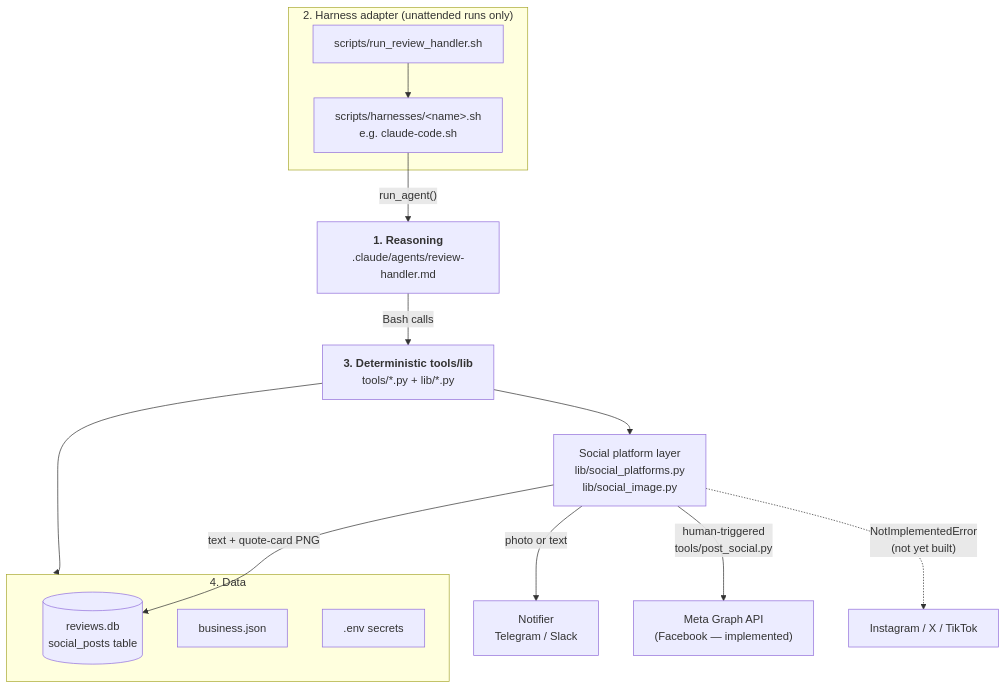
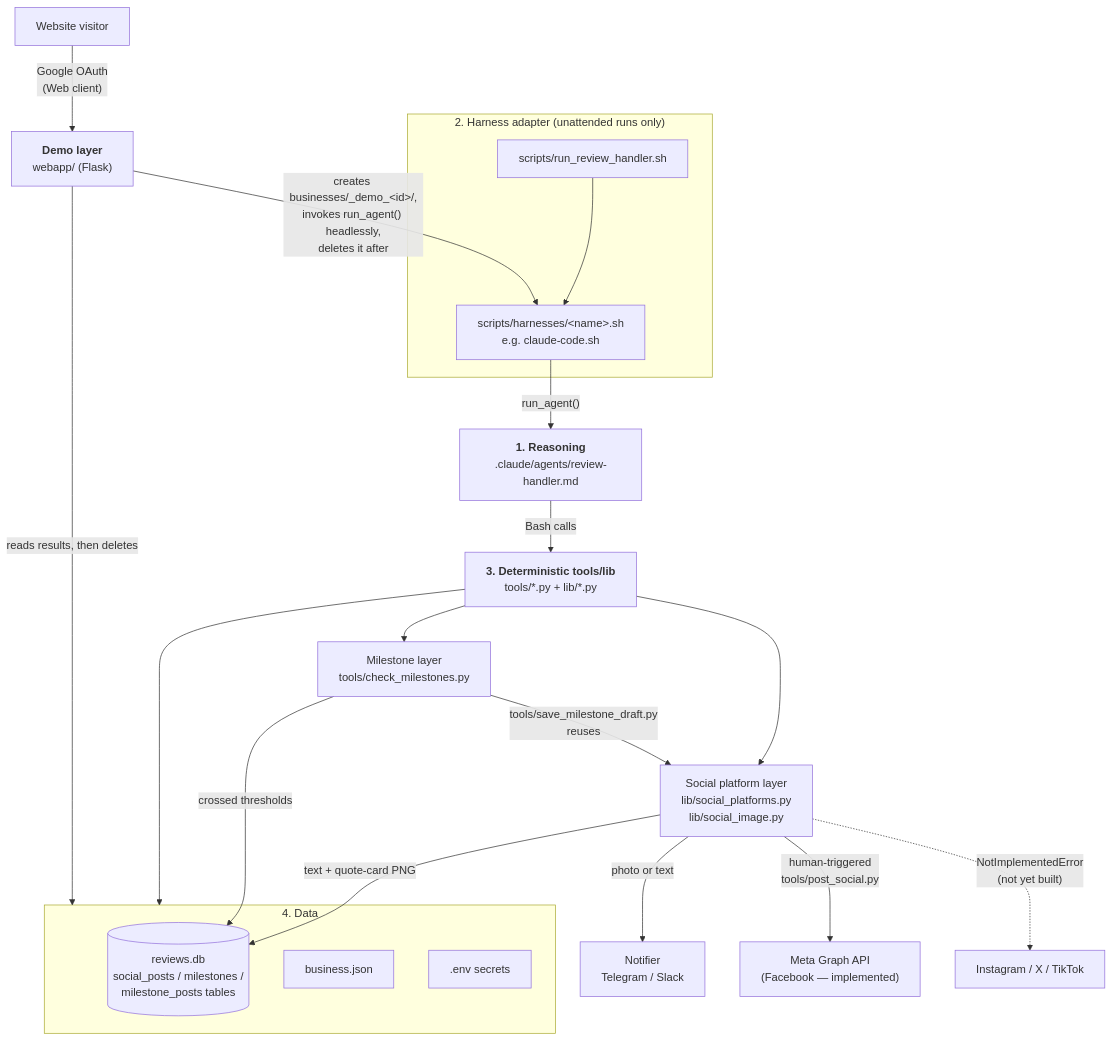
One commit to regmi-santosh/review-management changed the diagram in docs/ARCHITECTURE.md. Above: the diagram before and after it, drawn with Mermaid. The commit also changed other lines of this file and 27 other files, not shown here.

First line of the commit message:
Add milestone posts, self-serve live demo webapp, and quote-card fixes

````diff
--- a/docs/ARCHITECTURE.md
+++ b/docs/ARCHITECTURE.md
@@ -14,27 +14,35 @@
 ```mermaid
 flowchart TD
     RH["<b>1. Reasoning</b><br/>.claude/agents/review-handler.md"]
 
     subgraph L2["2. Harness adapter (unattended runs only)"]
         RRH["scripts/run_review_handler.sh"]
         HA["scripts/harnesses/&lt;name&gt;.sh<br/>e.g. claude-code.sh"]
         RRH --> HA
     end
     HA -->|"run_agent()"| RH
 
     RH -->|"Bash calls"| Tools["<b>3. Deterministic tools/lib</b><br/>tools/*.py + lib/*.py"]
 
     Tools --> Social["Social platform layer<br/>lib/social_platforms.py<br/>lib/social_image.py"]
+    Tools --> Milestones["Milestone layer<br/>tools/check_milestones.py"]
     Tools --> Data
 
     subgraph Data["4. Data"]
-        DB[("reviews.db<br/>social_posts table")]
+        DB[("reviews.db<br/>social_posts / milestones /<br/>milestone_posts tables")]
         BJ["business.json"]
         ENV[".env secrets"]
     end
 
     Social -->|"text + quote-card PNG"| DB
     Social -->|"photo or text"| Notify["Notifier<br/>Telegram / Slack"]
     Social -->|"human-triggered<br/>tools/post_social.py"| FB["Meta Graph API<br/>(Facebook — implemented)"]
     Social -.->|"NotImplementedError<br/>(not yet built)"| Others["Instagram / X / TikTok"]
+
+    Milestones -->|"crossed thresholds"| DB
+    Milestones -->|"tools/save_milestone_draft.py<br/>reuses"| Social
+
+    Demo["<b>Demo layer</b><br/>webapp/ (Flask)"] -->|"creates businesses/_demo_&lt;id&gt;/,<br/>invokes run_agent() headlessly,<br/>deletes it after"| HA
+    Demo -->|"reads results, then deletes"| Data
+    Visitor["Website visitor"] -->|"Google OAuth<br/>(Web client)"| Demo
 ```
````
